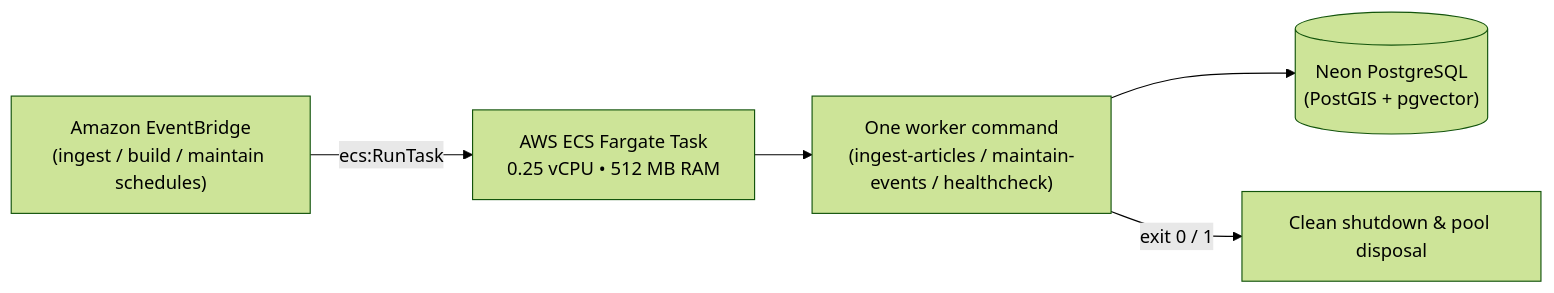
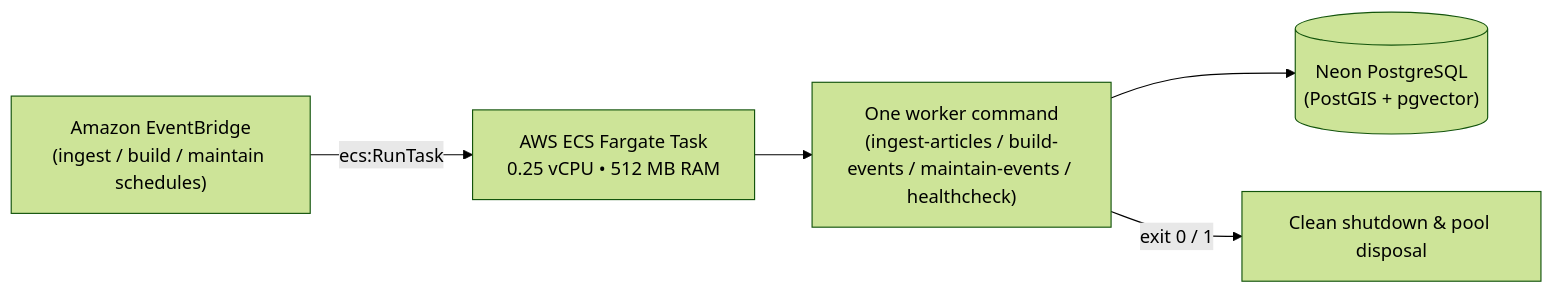
Before and after one commit to paavann/hermes: the diagram in apps/hermes-worker/README.md, drawn with Mermaid (forest theme). The commit also changed other lines of this file and 19 other files, not shown here.

````diff
--- a/apps/hermes-worker/README.md
+++ b/apps/hermes-worker/README.md
@@ -20,7 +20,7 @@
 ```mermaid
 flowchart LR
     EventBridge["Amazon EventBridge\n(ingest / build / maintain schedules)"] -->|"ecs:RunTask"| Fargate["AWS ECS Fargate Task\n0.25 vCPU • 512 MB RAM"]
-    Fargate --> Command["One worker command\n(ingest-articles / maintain-events / healthcheck)"]
+    Fargate --> Command["One worker command\n(ingest-articles / build-events / maintain-events / healthcheck)"]
     Command --> NeonDB[("Neon PostgreSQL\n(PostGIS + pgvector)")]
     Command -->|"exit 0 / 1"| Teardown["Clean shutdown & pool disposal"]
 ```
````
